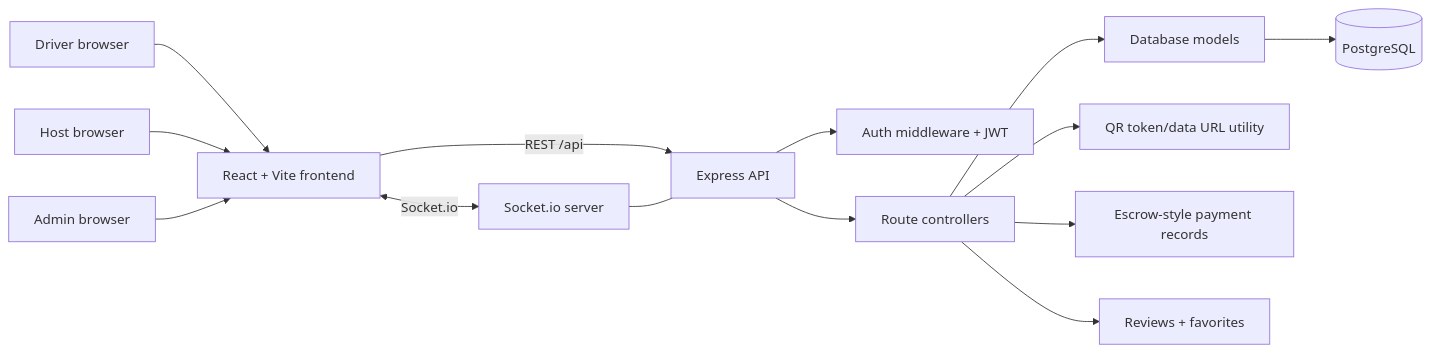
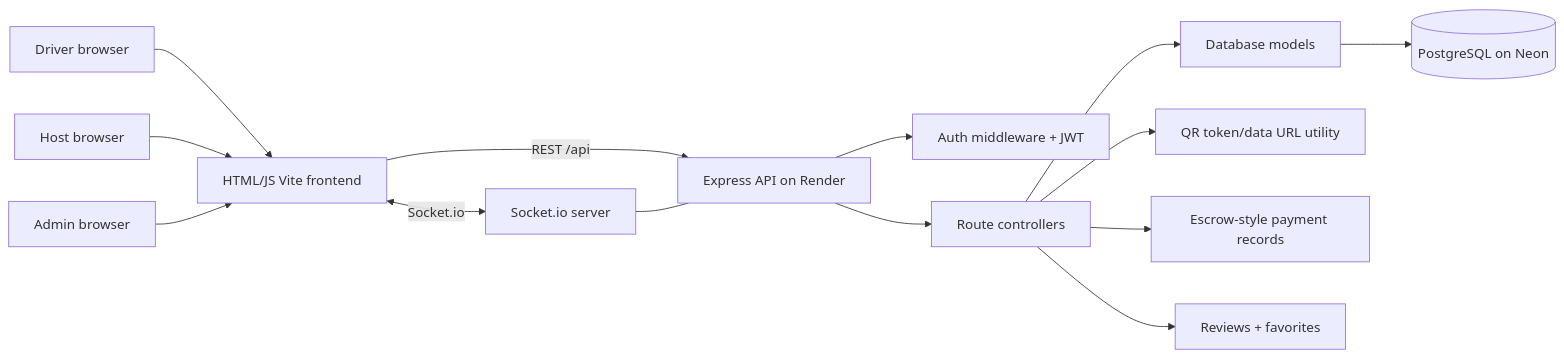
The diagram in README.md (anant-cli/Mini-Project), drawn with Mermaid before and after one commit. The commit also changed other lines of this file and 22 other files, not shown here.

Commit message:
feat: implement core backend API controllers, authentication middleware, and frontend API service layer

````diff
--- a/README.md
+++ b/README.md
@@ -59,19 +79,19 @@
 ```mermaid
 flowchart LR
-  Driver[Driver browser] --> Frontend[React + Vite frontend]
+  Driver[Driver browser] --> Frontend[HTML/JS Vite frontend]
   Host[Host browser] --> Frontend
   Admin[Admin browser] --> Frontend
 
-  Frontend -->|REST /api| API[Express API]
+  Frontend -->|REST /api| API[Express API on Render]
   Frontend <-->|Socket.io| Realtime[Socket.io server]
   Realtime --- API
 
   API --> Auth[Auth middleware + JWT]
   API --> Routes[Route controllers]
   Routes --> Models[Database models]
-  Models --> DB[(PostgreSQL)]
+  Models --> DB[(PostgreSQL on Neon)]
 
   Routes --> QR[QR token/data URL utility]
   Routes --> Payments[Escrow-style payment records]
   Routes --> Reviews[Reviews + favorites]
 ```
````
